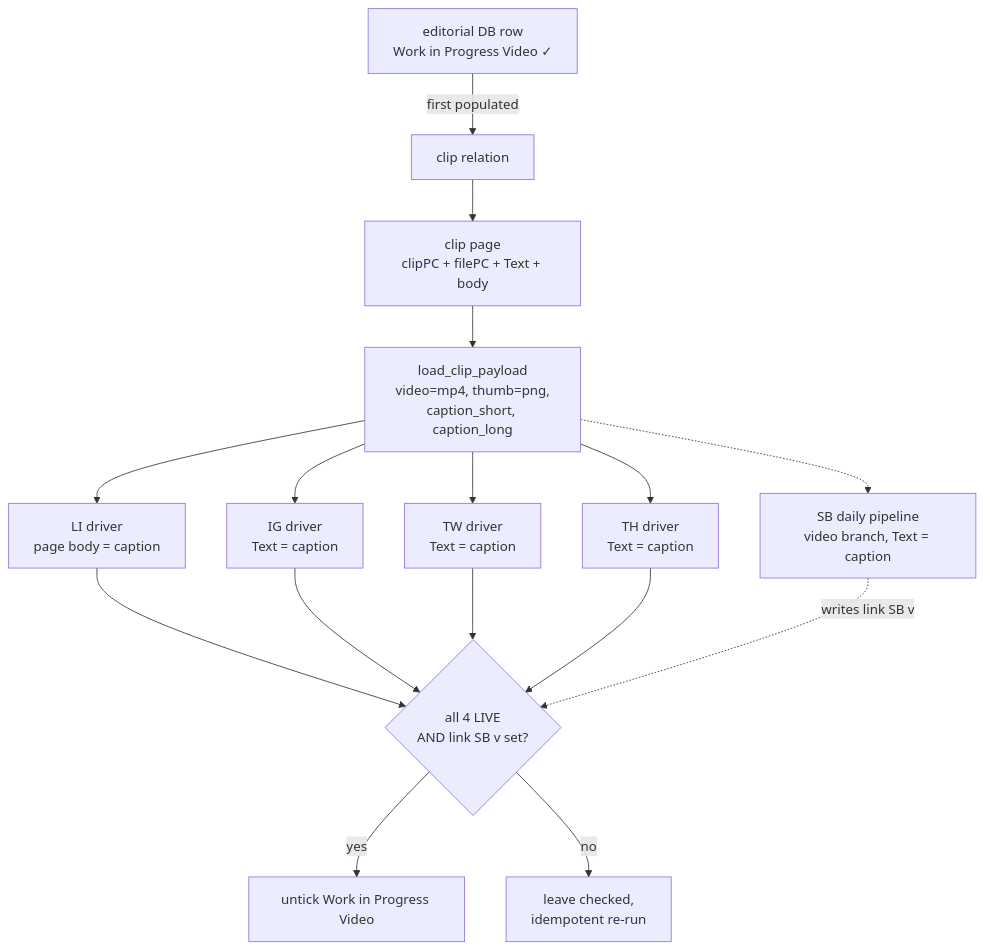
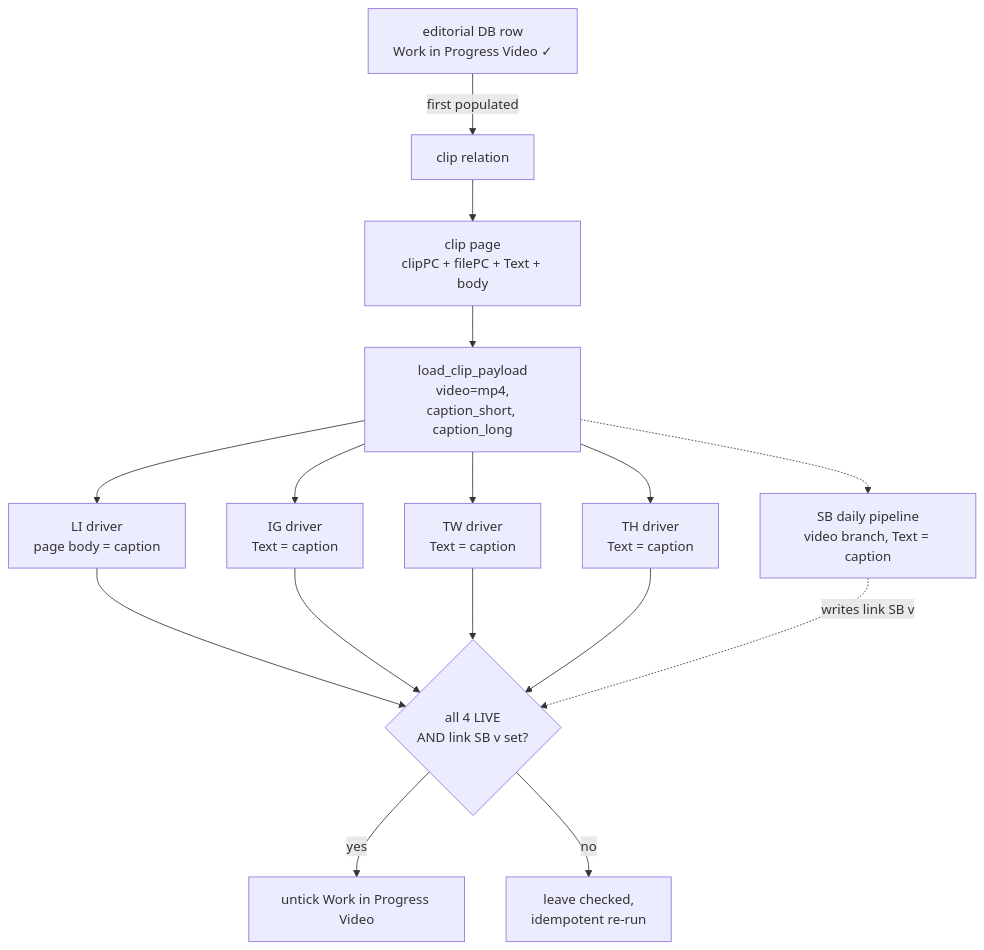
The diagram in planning/videos/README.md (ferraroroberto/content-management), drawn with Mermaid before and after one commit. The commit also changed other lines of this file and 10 other files, not shown here.

````diff
--- a/planning/videos/README.md
+++ b/planning/videos/README.md
@@ -10,18 +10,18 @@
 ```mermaid
 flowchart TD
     A[editorial DB row<br/>Work in Progress Video ✓] -->|first populated| B[clip relation]
     B --> C[clip page<br/>clipPC + filePC + Text + body]
-    C --> D[load_clip_payload<br/>video=mp4, thumb=png,<br/>caption_short, caption_long]
+    C --> D[load_clip_payload<br/>video=mp4,<br/>caption_short, caption_long]
     D --> E1[LI driver<br/>page body = caption]
     D --> E2[IG driver<br/>Text = caption]
     D --> E3[TW driver<br/>Text = caption]
     D --> E4[TH driver<br/>Text = caption]
     D -.-> E5[SB daily pipeline<br/>video branch, Text = caption]
     E1 --> F{all 4 LIVE<br/>AND link SB v set?}
     E2 --> F
     E3 --> F
     E4 --> F
     E5 -.->|writes link SB v| F
     F -->|yes| G[untick Work in Progress Video]
     F -->|no| H[leave checked,<br/>idempotent re-run]
 ```
````
